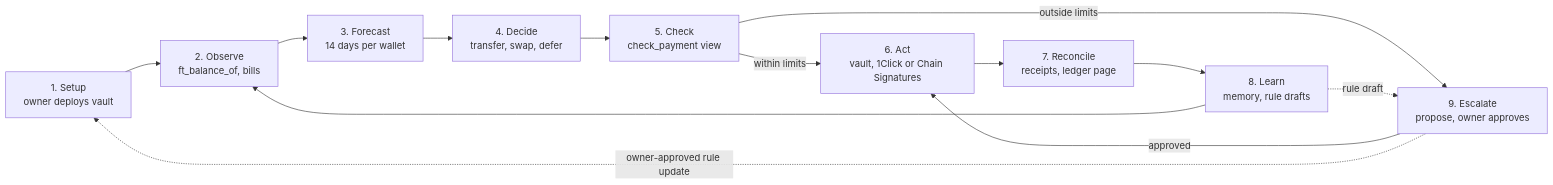
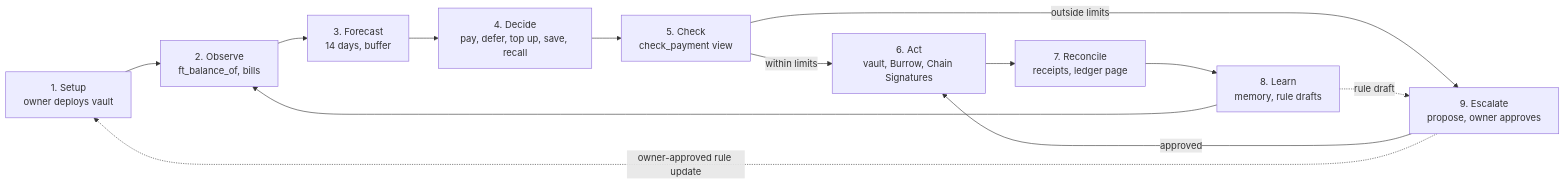
Before and after one commit to Ultraviolet01/Keel: the diagram in README.md, drawn with Mermaid. The commit also changed other lines of this file and 2 other files, not shown here.

````diff
--- a/README.md
+++ b/README.md
@@ -69,11 +76,11 @@
 ```mermaid
 flowchart LR
   S["1. Setup<br/>owner deploys vault"] --> O["2. Observe<br/>ft_balance_of, bills"]
-  O --> F["3. Forecast<br/>14 days per wallet"] --> D["4. Decide<br/>transfer, swap, defer"] --> C["5. Check<br/>check_payment view"]
-  C -- within limits --> A["6. Act<br/>vault, 1Click or Chain Signatures"]
+  O --> F["3. Forecast<br/>14 days, buffer"] --> D["4. Decide<br/>pay, defer, top up, save, recall"] --> C["5. Check<br/>check_payment view"]
+  C -- within limits --> A["6. Act<br/>vault, Burrow, Chain Signatures"]
   C -- outside limits --> E["9. Escalate<br/>propose, owner approves"]
   E -- approved --> A
   A --> R["7. Reconcile<br/>receipts, ledger page"] --> L["8. Learn<br/>memory, rule drafts"] --> O
   L -. rule draft .-> E
   E -. owner-approved rule update .-> S
 ```
````
